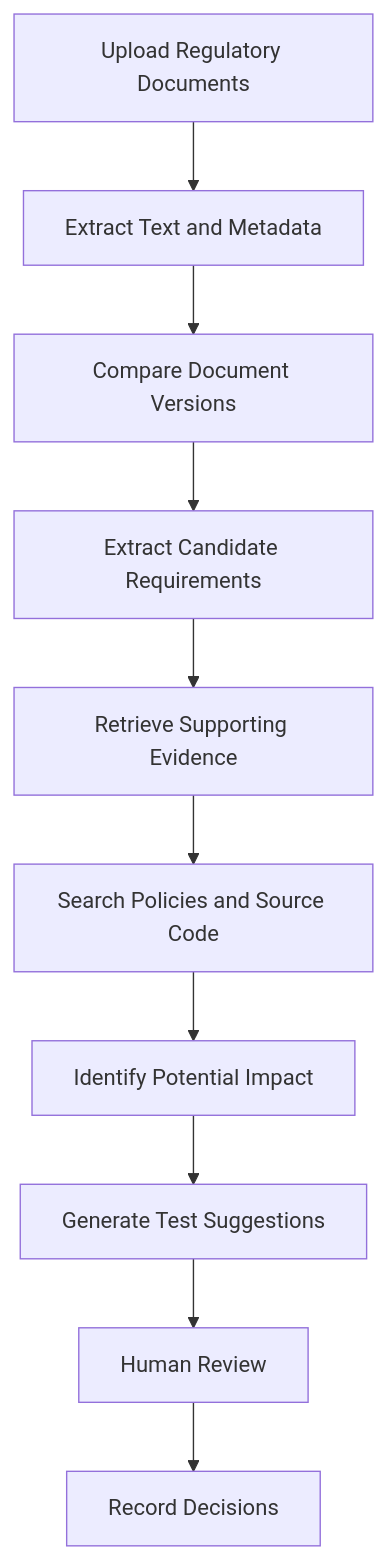
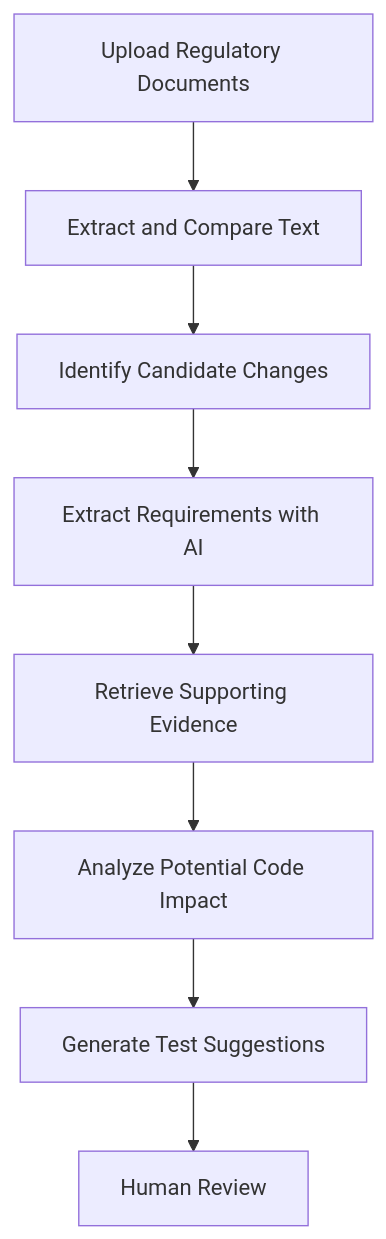
The first of 2 diagrams in README.md (rajshreesinha-23/regulalens-ai), drawn with Mermaid before and after one commit. The commit also changed other lines of this file, not shown here.

````diff
--- a/README.md
+++ b/README.md
@@ -115,12 +33,10 @@
 ```mermaid
 flowchart TD
-    A[Upload Regulatory Documents] --> B[Extract Text and Metadata]
-    B --> C[Compare Document Versions]
-    C --> D[Extract Candidate Requirements]
+    A[Upload Regulatory Documents] --> B[Extract and Compare Text]
+    B --> C[Identify Candidate Changes]
+    C --> D[Extract Requirements with AI]
     D --> E[Retrieve Supporting Evidence]
-    E --> F[Search Policies and Source Code]
-    F --> G[Identify Potential Impact]
-    G --> H[Generate Test Suggestions]
-    H --> I[Human Review]
-    I --> J[Record Decisions]
+    E --> F[Analyze Potential Code Impact]
+    F --> G[Generate Test Suggestions]
+    G --> H[Human Review]
 ```
````
